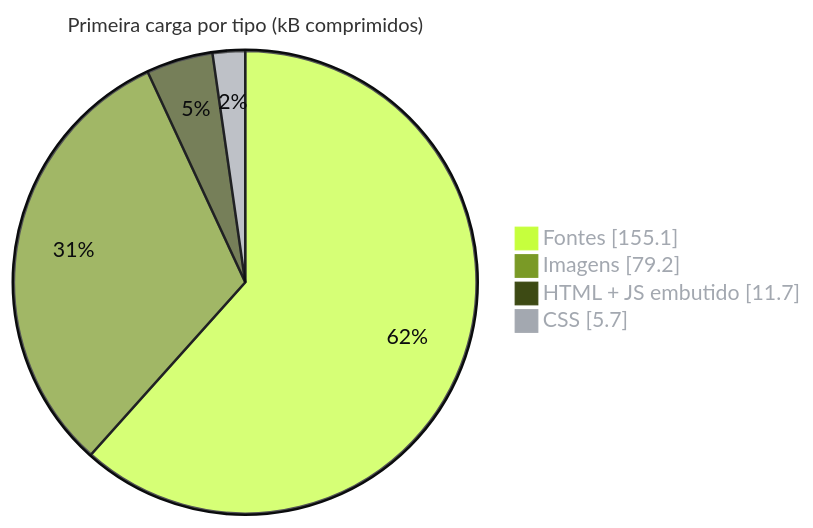
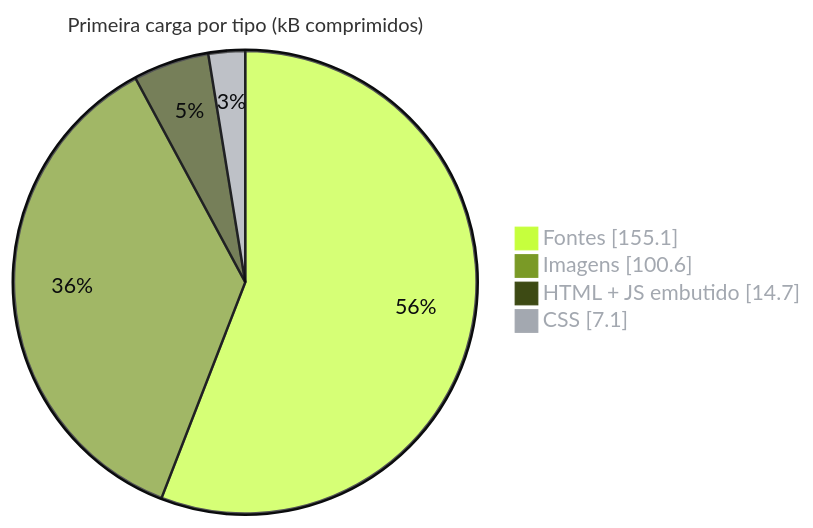
One commit to sondavi1991/meu-site-pessoal changed the first of 2 diagrams in README.md. Above: the diagram before and after it, drawn with Mermaid. The commit also changed other lines of this file and 9 other files, not shown here.

````diff
--- a/README.md
+++ b/README.md
@@ -34,9 +34,9 @@
 ```mermaid
 %%{init: {'theme':'base','themeVariables':{'pie1':'#c6ff3d','pie2':'#7a9a26','pie3':'#3d4a14','pie4':'#a3a8b0','pieStrokeColor':'#0b0c0e','pieOuterStrokeColor':'#0b0c0e','pieTitleTextSize':'16px','pieSectionTextColor':'#0b0c0e','pieLegendTextColor':'#a3a8b0'}}}%%
 pie showData
     title Primeira carga por tipo (kB comprimidos)
     "Fontes" : 155.1
-    "Imagens" : 79.2
-    "HTML + JS embutido" : 11.7
-    "CSS" : 5.7
+    "Imagens" : 100.6
+    "HTML + JS embutido" : 14.7
+    "CSS" : 7.1
 ```
````
